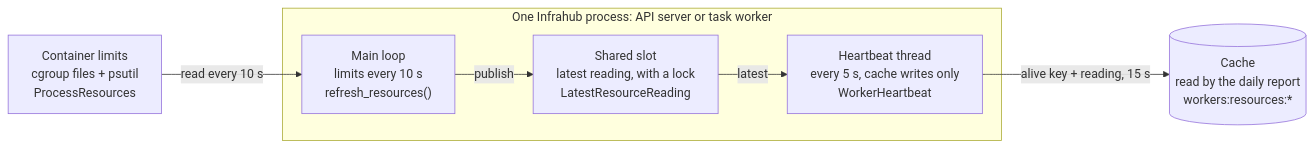
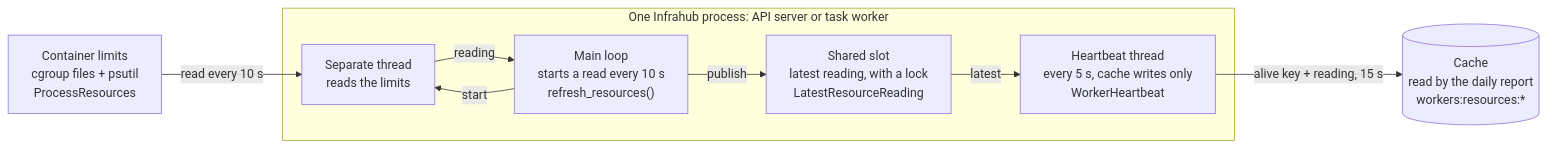
Before and after one commit to opsmill/infrahub: the diagram in dev/knowledge/backend/telemetry.md, drawn with Mermaid. The commit also changed other lines of this file and 7 other files, not shown here.

First line of the commit message:
fix(telemetry): read process resources on a separate thread

````diff
--- a/dev/knowledge/backend/telemetry.md
+++ b/dev/knowledge/backend/telemetry.md
@@ -92,14 +93,17 @@
 ```mermaid
 flowchart LR
     limits["Container limits<br/>cgroup files + psutil<br/>ProcessResources"]
     subgraph process["One Infrahub process: API server or task worker"]
-        main["Main loop<br/>limits every 10 s<br/>refresh_resources()"]
+        main["Main loop<br/>starts a read every 10 s<br/>refresh_resources()"]
+        reader["Separate thread<br/>reads the limits"]
         slot["Shared slot<br/>latest reading, with a lock<br/>LatestResourceReading"]
         beat["Heartbeat thread<br/>every 5 s, cache writes only<br/>WorkerHeartbeat"]
+        main -->|start| reader
+        reader -->|reading| main
         main -->|publish| slot
         slot -->|latest| beat
     end
     cache[("Cache<br/>read by the daily report<br/>workers:resources:*")]
-    limits -->|read every 10 s| main
+    limits -->|read every 10 s| reader
     beat -->|alive key + reading, 15 s| cache
 ```
````
